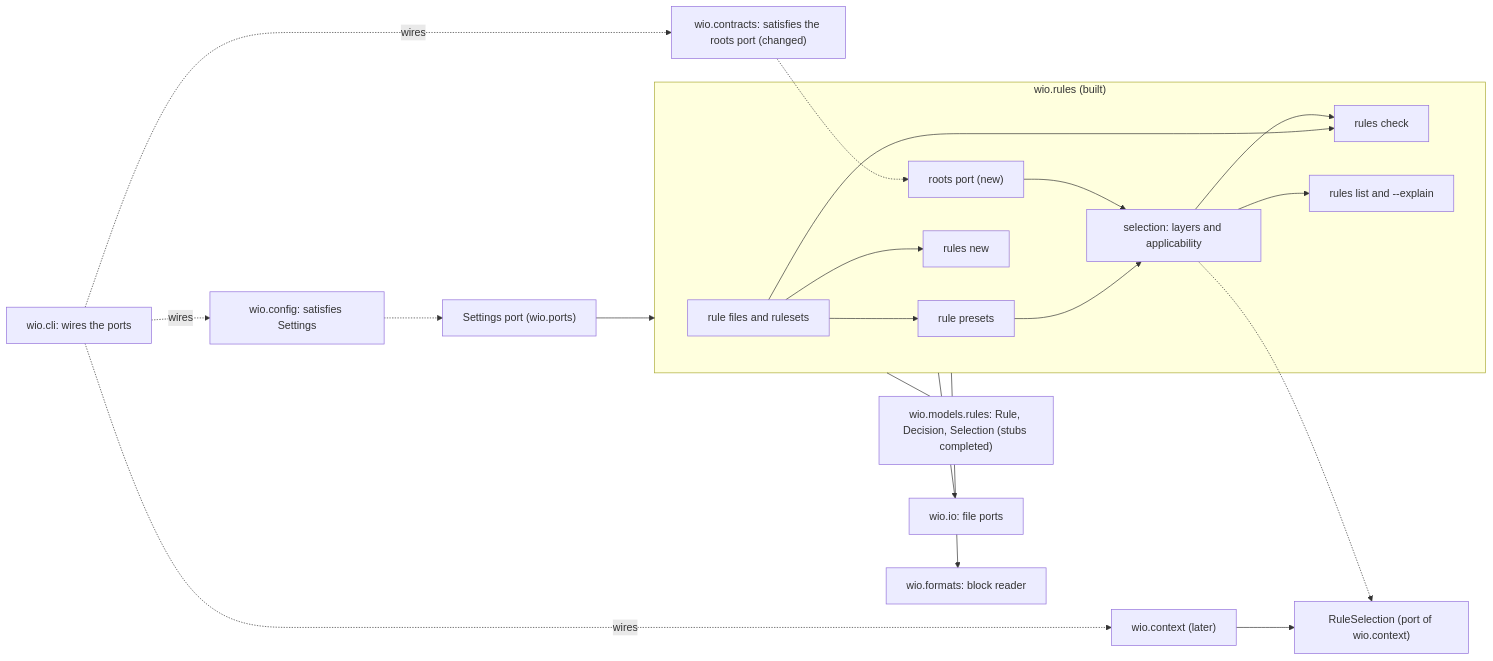
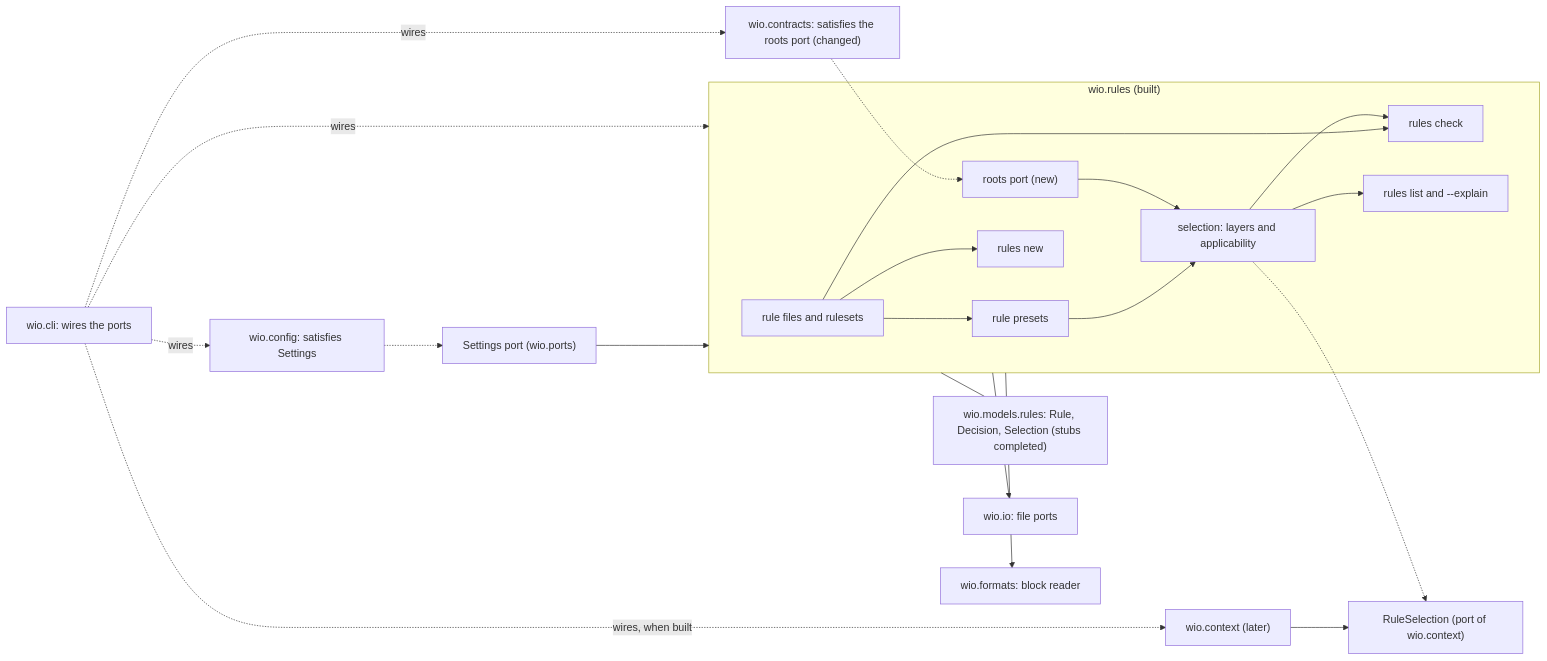
The second of 2 diagrams in .agents/wio/works/wio-rules/README.md (msitarz/wio), drawn with Mermaid before and after one commit. The commit also changed other lines of this file, not shown here.

First line of the commit message:
docs(rules): cover aliases, order, new and the source of a rule in the wio rules Work

````diff
--- a/.agents/wio/works/wio-rules/README.md
+++ b/.agents/wio/works/wio-rules/README.md
@@ -192,38 +194,39 @@
 ```mermaid
 flowchart LR
     subgraph rules["wio.rules (built)"]
         files["rule files and rulesets"]
         presets["rule presets"]
         select["selection: layers and applicability"]
         rootsport["roots port (new)"]
         new["rules new"]
         check["rules check"]
         list["rules list and --explain"]
     end
     models["wio.models.rules: Rule, Decision, Selection (stubs completed)"]
     io["wio.io: file ports"]
     fmt["wio.formats: block reader"]
     settings["Settings port (wio.ports)"]
     selport["RuleSelection (port of wio.context)"]
     config["wio.config: satisfies Settings"]
     contracts["wio.contracts: satisfies the roots port (changed)"]
     ctx["wio.context (later)"]
     cli["wio.cli: wires the ports"]
     files --> presets --> select
     files --> new
     files --> check
     select --> check
     select --> list
     rootsport --> select
     rules --- models
     rules --> io
     rules --> fmt
     settings --> rules
     config -.-> settings
     contracts -.-> rootsport
     select -.-> selport
     ctx --> selport
+    cli -. "wires" .-> rules
     cli -. "wires" .-> config
     cli -. "wires" .-> contracts
-    cli -. "wires" .-> ctx
+    cli -. "wires, when built" .-> ctx
 ```
````
